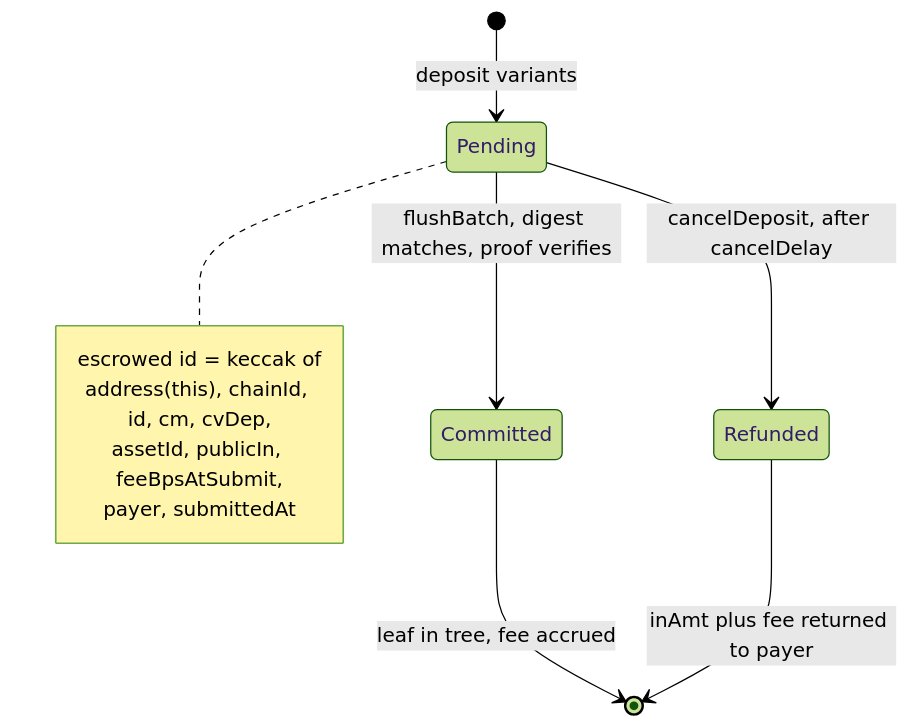
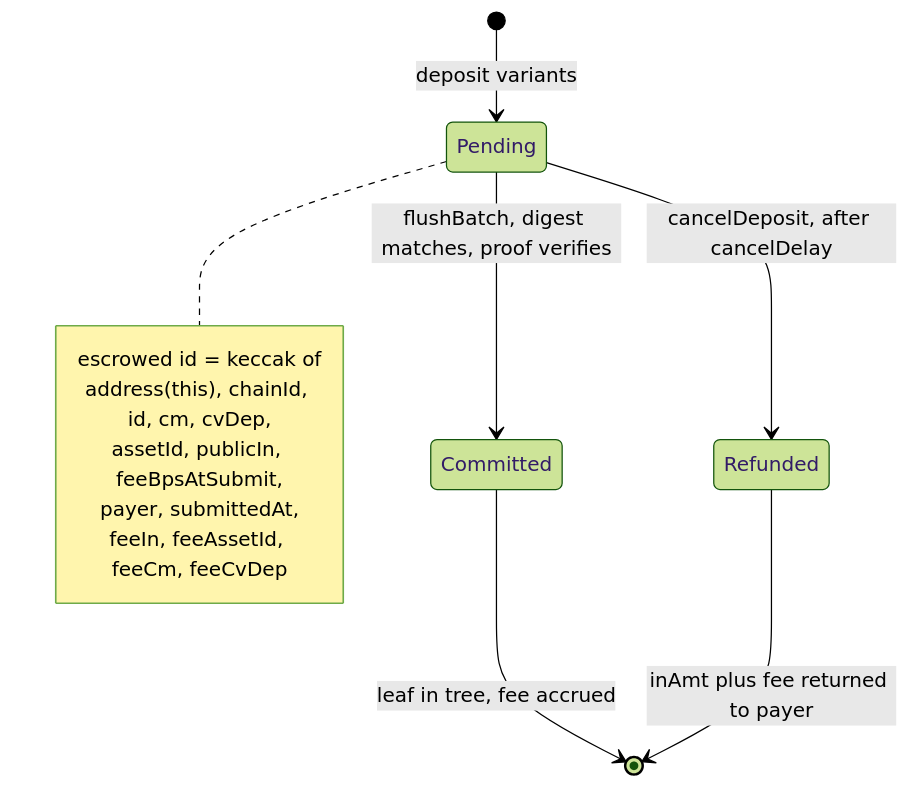
One commit to lelantos-org/contracts changed the sixth of 12 diagrams in src/README.md. Above: the diagram before and after it, drawn with Mermaid (forest theme). The commit also changed other lines of this file and 275 other files, not shown here.

````diff
--- a/src/README.md
+++ b/src/README.md
@@ -365,15 +394,16 @@
 ```mermaid
 stateDiagram-v2
   [*] --> Pending: deposit variants
   Pending --> Committed: flushBatch, digest matches, proof verifies
   Pending --> Refunded: cancelDeposit, after cancelDelay
   Committed --> [*]: leaf in tree, fee accrued
   Refunded --> [*]: inAmt plus fee returned to payer
 
   note right of Pending
     escrowed id = keccak of
     address(this), chainId, id, cm, cvDep,
     assetId, publicIn, feeBpsAtSubmit,
-    payer, submittedAt
+    payer, submittedAt,
+    feeIn, feeAssetId, feeCm, feeCvDep
   end note
 ```
````
